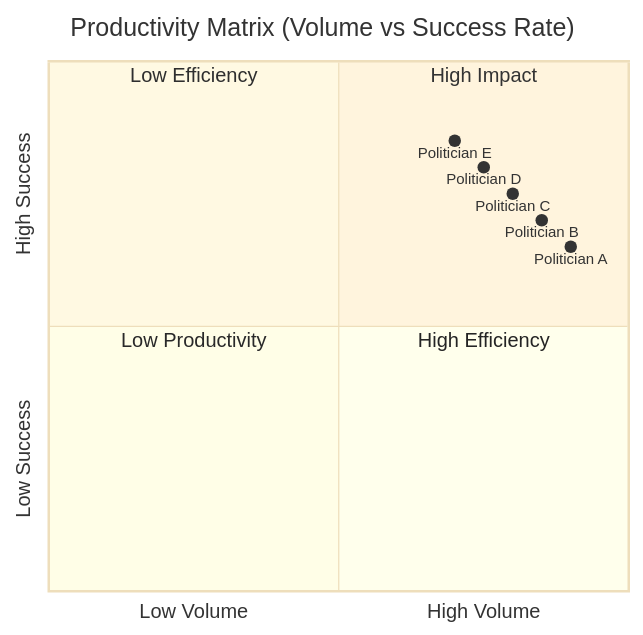
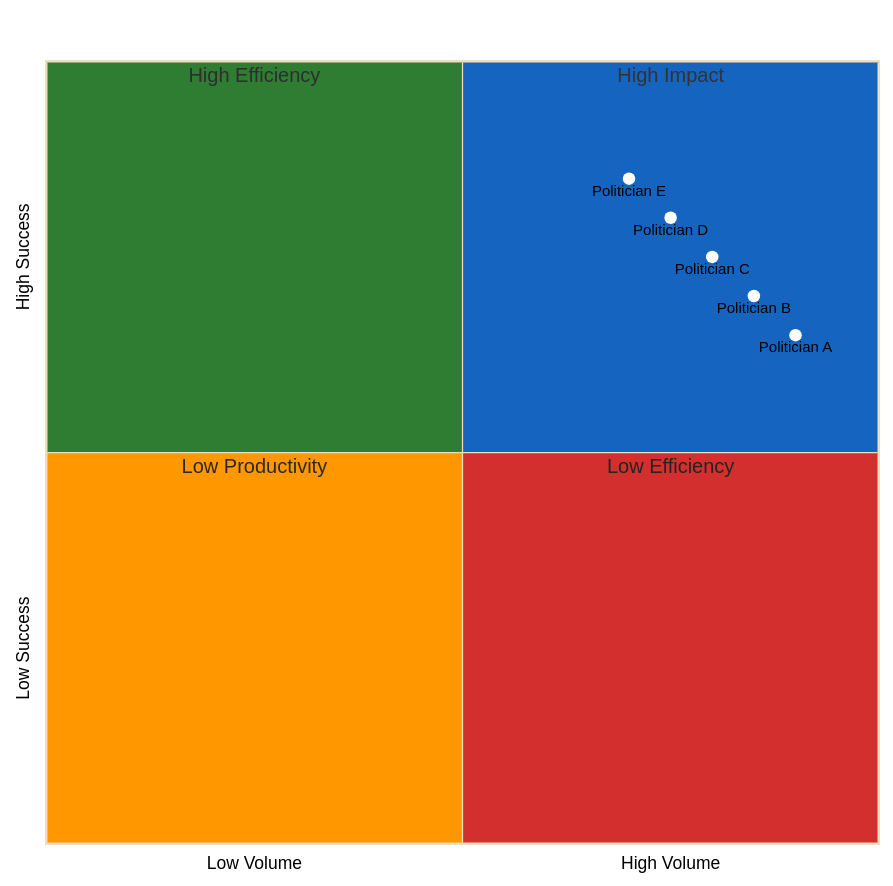
One commit to Hack23/cia changed the eighth of 13 diagrams in json-export-specs/visualizations/top10-most-productive.md. Above: the diagram before and after it, drawn with Mermaid. The commit also changed other lines of this file and 30 other files, not shown here.

First line of the commit message:
fix: improve mermaid diagram rendering across all markdown files (#8536)

````diff
--- a/json-export-specs/visualizations/top10-most-productive.md
+++ b/json-export-specs/visualizations/top10-most-productive.md
@@ -117,17 +117,40 @@
 ```mermaid
-%%{init: {'theme':'base'}}%%
+%%{init: {
+  "theme": "base",
+  "themeVariables": {
+    "quadrant1Fill": "#1565C0",
+    "quadrant2Fill": "#2E7D32",
+    "quadrant3Fill": "#FF9800",
+    "quadrant4Fill": "#D32F2F",
+    "quadrantTitleFill": "#ffffff",
+    "quadrantPointFill": "#ffffff",
+    "quadrantPointTextFill": "#000000",
+    "quadrantXAxisTextFill": "#000000",
+    "quadrantYAxisTextFill": "#000000"
+  },
+  "quadrantChart": {
+    "chartWidth": 700,
+    "chartHeight": 700,
+    "pointLabelFontSize": 12,
+    "titleFontSize": 20,
+    "quadrantLabelFontSize": 16,
+    "xAxisLabelFontSize": 14,
+    "yAxisLabelFontSize": 14
+  }
+}}%%
 quadrantChart
     title Productivity Matrix (Volume vs Success Rate)
     x-axis Low Volume --> High Volume
     y-axis Low Success --> High Success
     quadrant-1 High Impact
-    quadrant-2 Low Efficiency
+    quadrant-2 High Efficiency
     quadrant-3 Low Productivity
-    quadrant-4 High Efficiency
+    quadrant-4 Low Efficiency
     
-    Politician A: [0.9, 0.65]
-    Politician B: [0.85, 0.7]
-    Politician C: [0.8, 0.75]
-    Politician D: [0.75, 0.8]
-    Politician E: [0.7, 0.85]
+    "Politician A": [0.9, 0.65]
+    "Politician B": [0.85, 0.7]
+    "Politician C": [0.8, 0.75]
+    "Politician D": [0.75, 0.8]
+    "Politician E": [0.7, 0.85]
+
 ```
````
